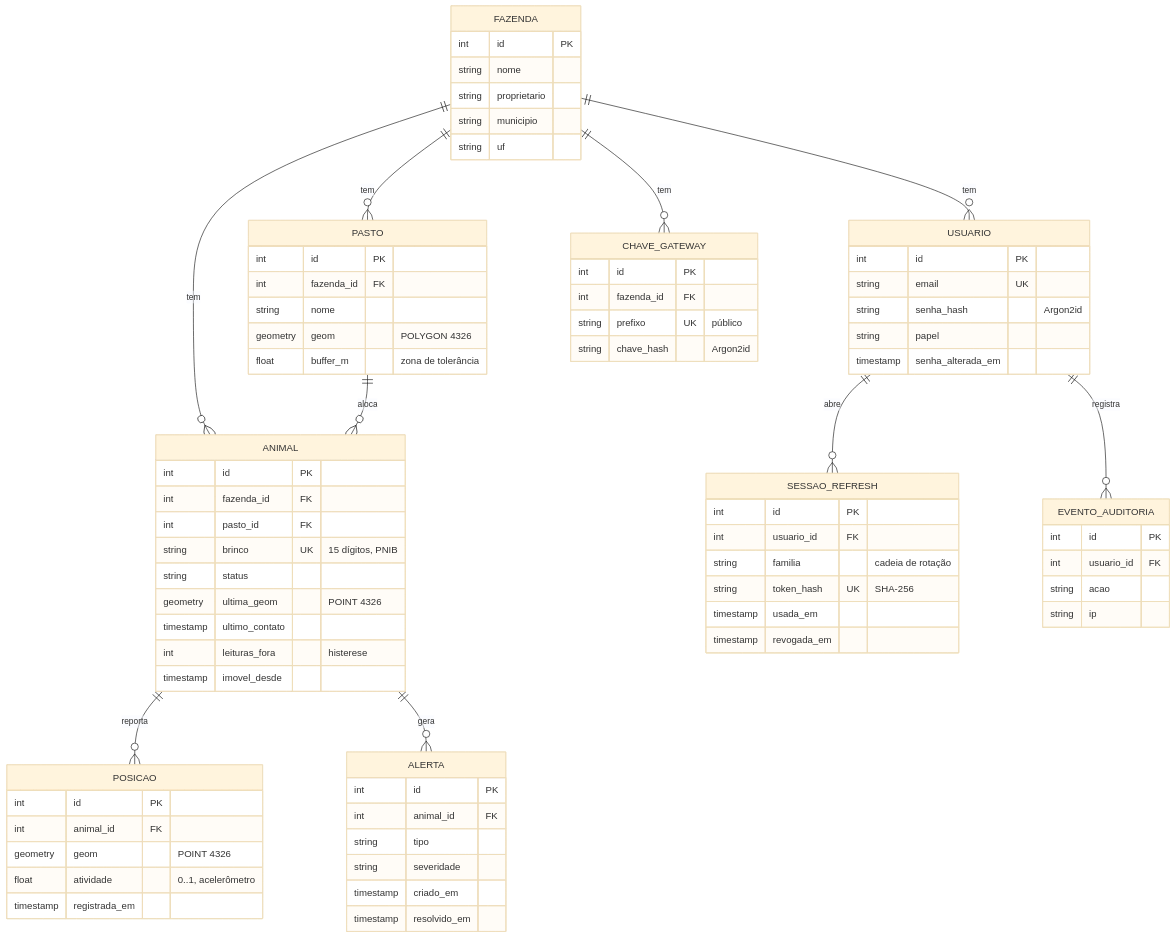
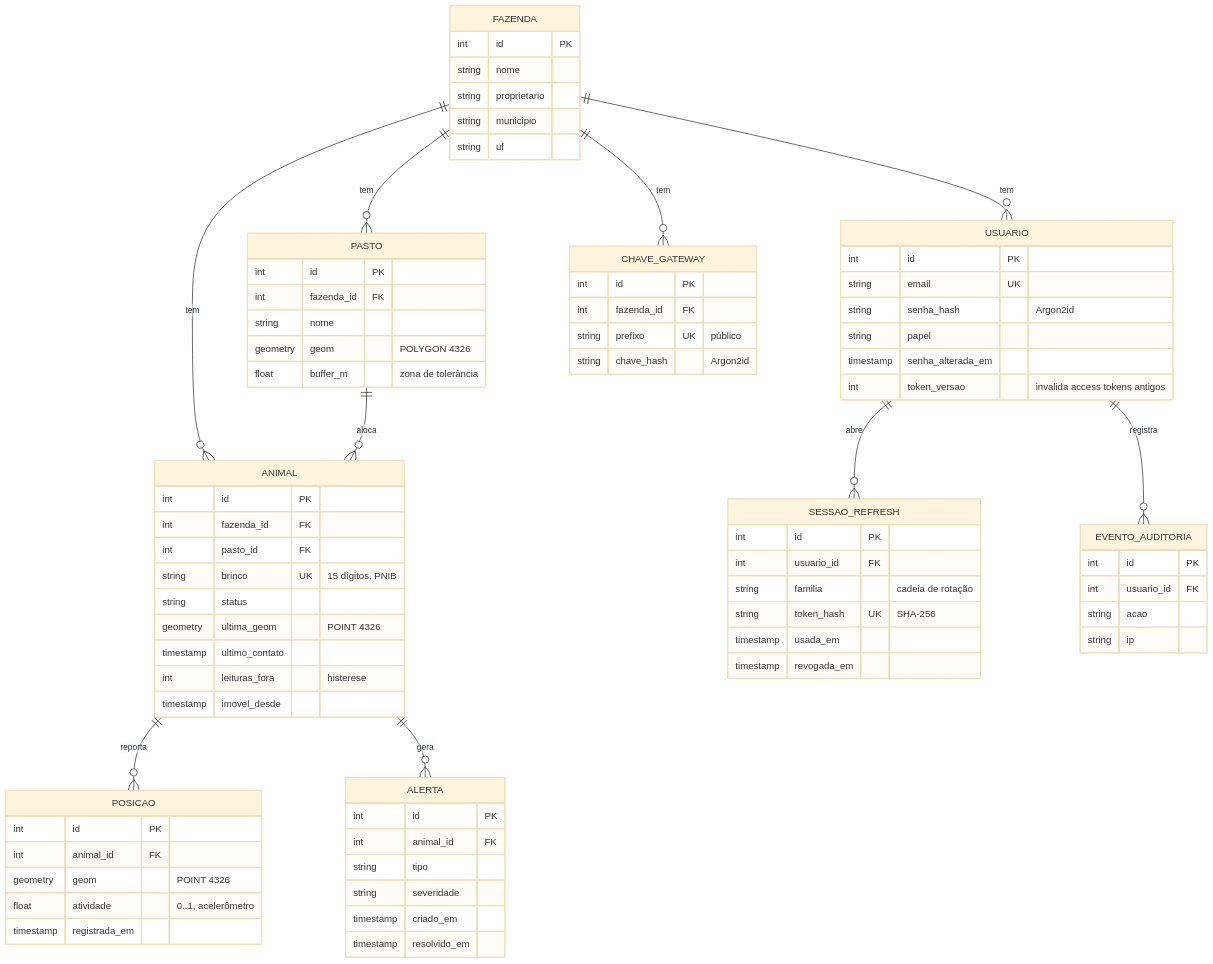
One commit to madeiragab/rastro changed the third of 8 diagrams in docs/arquitetura.md. Above: the diagram before and after it, drawn with Mermaid (base theme). The commit also changed 11 other files, not shown here.

````diff
--- a/docs/arquitetura.md
+++ b/docs/arquitetura.md
@@ -79,80 +79,81 @@
 ```mermaid
 erDiagram
     FAZENDA ||--o{ PASTO : "tem"
     FAZENDA ||--o{ ANIMAL : "tem"
     FAZENDA ||--o{ USUARIO : "tem"
     FAZENDA ||--o{ CHAVE_GATEWAY : "tem"
     PASTO ||--o{ ANIMAL : "aloca"
     ANIMAL ||--o{ POSICAO : "reporta"
     ANIMAL ||--o{ ALERTA : "gera"
     USUARIO ||--o{ SESSAO_REFRESH : "abre"
     USUARIO ||--o{ EVENTO_AUDITORIA : "registra"
 
     FAZENDA {
         int id PK
         string nome
         string proprietario
         string municipio
         string uf
     }
     PASTO {
         int id PK
         int fazenda_id FK
         string nome
         geometry geom "POLYGON 4326"
         float buffer_m "zona de tolerância"
     }
     ANIMAL {
         int id PK
         int fazenda_id FK
         int pasto_id FK
         string brinco UK "15 dígitos, PNIB"
         string status
         geometry ultima_geom "POINT 4326"
         timestamp ultimo_contato
         int leituras_fora "histerese"
         timestamp imovel_desde
     }
     POSICAO {
         int id PK
         int animal_id FK
         geometry geom "POINT 4326"
         float atividade "0..1, acelerômetro"
         timestamp registrada_em
     }
     ALERTA {
         int id PK
         int animal_id FK
         string tipo
         string severidade
         timestamp criado_em
         timestamp resolvido_em
     }
     USUARIO {
         int id PK
         string email UK
         string senha_hash "Argon2id"
         string papel
         timestamp senha_alterada_em
+        int token_versao "invalida access tokens antigos"
     }
     SESSAO_REFRESH {
         int id PK
         int usuario_id FK
         string familia "cadeia de rotação"
         string token_hash UK "SHA-256"
         timestamp usada_em
         timestamp revogada_em
     }
     CHAVE_GATEWAY {
         int id PK
         int fazenda_id FK
         string prefixo UK "público"
         string chave_hash "Argon2id"
     }
     EVENTO_AUDITORIA {
         int id PK
         int usuario_id FK
         string acao
         string ip
     }
 ```
````
